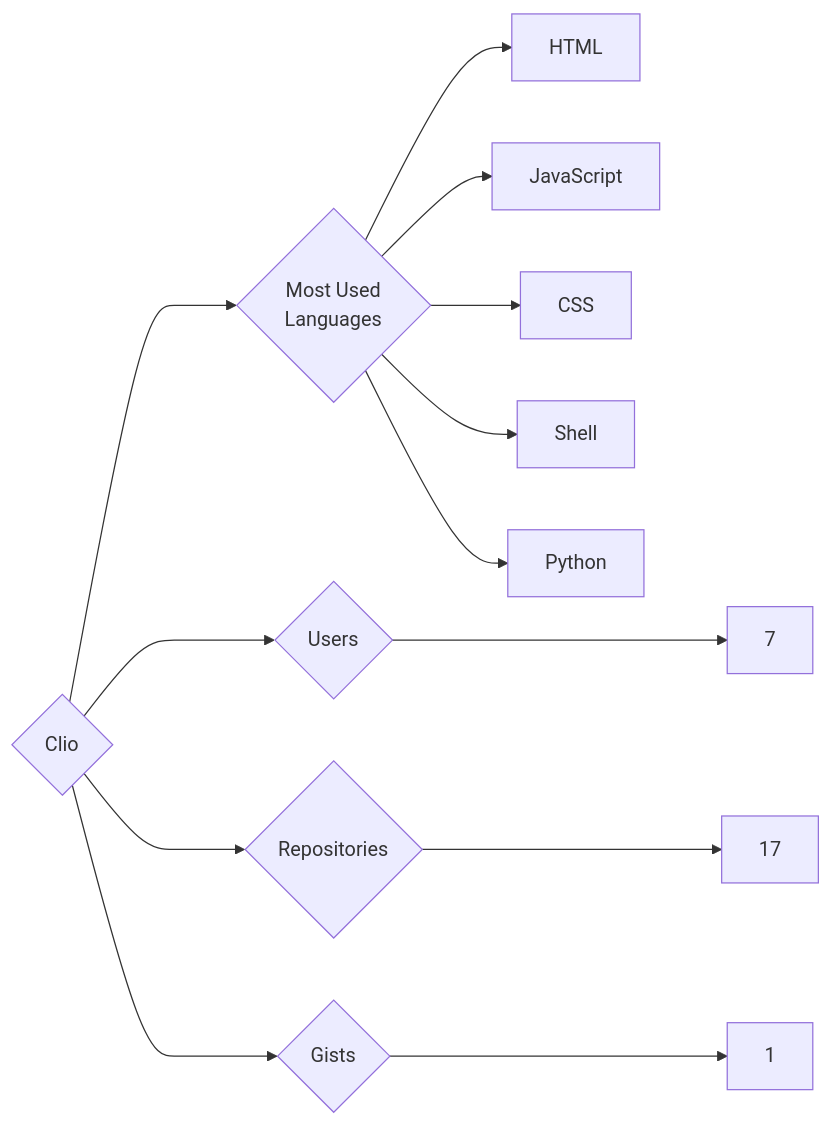
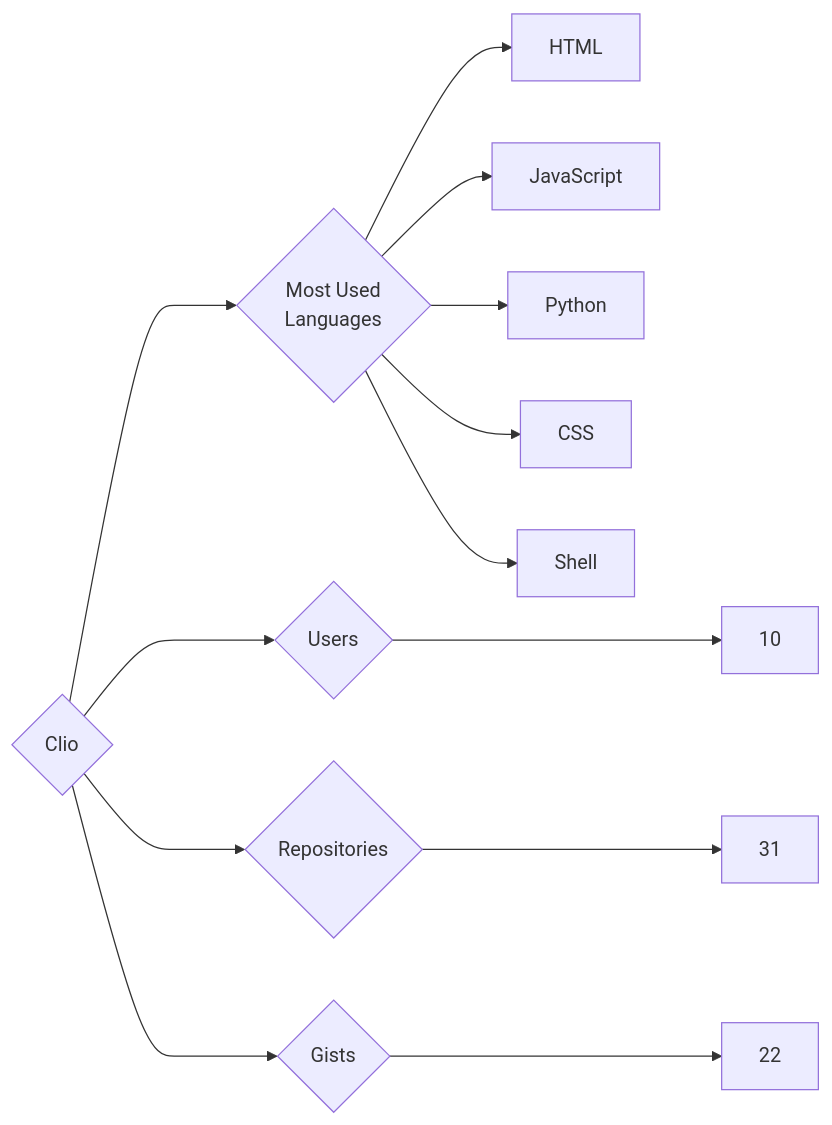
Before and after one commit to trickest/insiders: the diagram in targets/Clio/README.md, drawn with Mermaid. The commit also changed 1055 other files, not shown here.

````diff
--- a/targets/Clio/README.md
+++ b/targets/Clio/README.md
@@ -3,13 +3,13 @@
 ```mermaid
 graph LR
 COMPANY_NAME{Clio}
-COMPANY_NAME ---> U{Users} ---> UN[7]
-COMPANY_NAME ---> R{Repositories} ---> RN[17]
-COMPANY_NAME ---> G{Gists} ---> GN[1]
+COMPANY_NAME ---> U{Users} ---> UN[10]
+COMPANY_NAME ---> R{Repositories} ---> RN[31]
+COMPANY_NAME ---> G{Gists} ---> GN[22]
 COMPANY_NAME ---> ML{Most Used<br>Languages}
 ML --> HTML[HTML]
 ML --> JavaScript[JavaScript]
+ML --> Python[Python]
 ML --> CSS[CSS]
 ML --> Shell[Shell]
-ML --> Python[Python]
 ```
````
